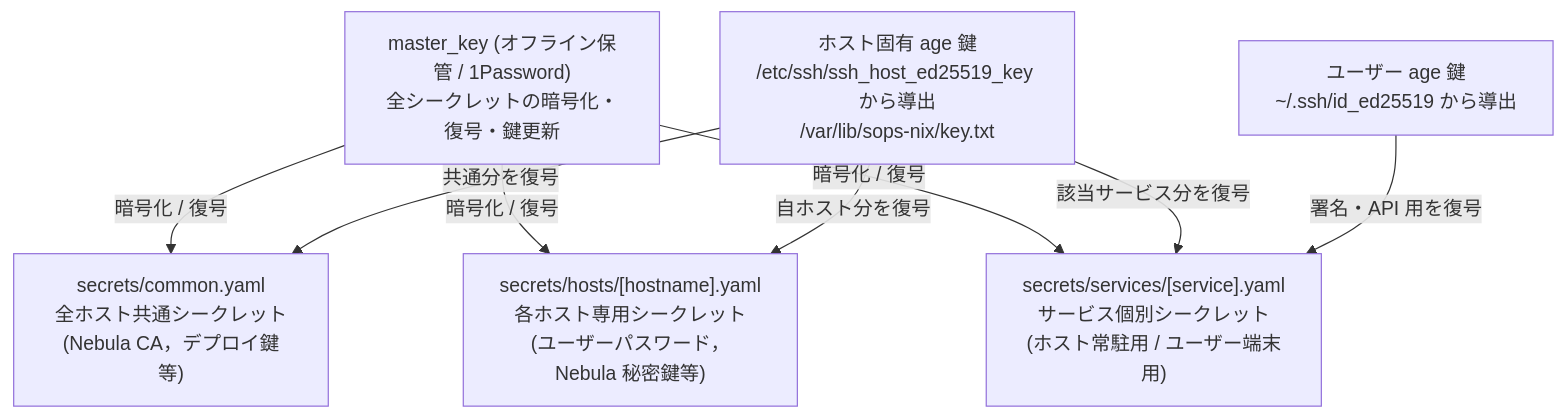
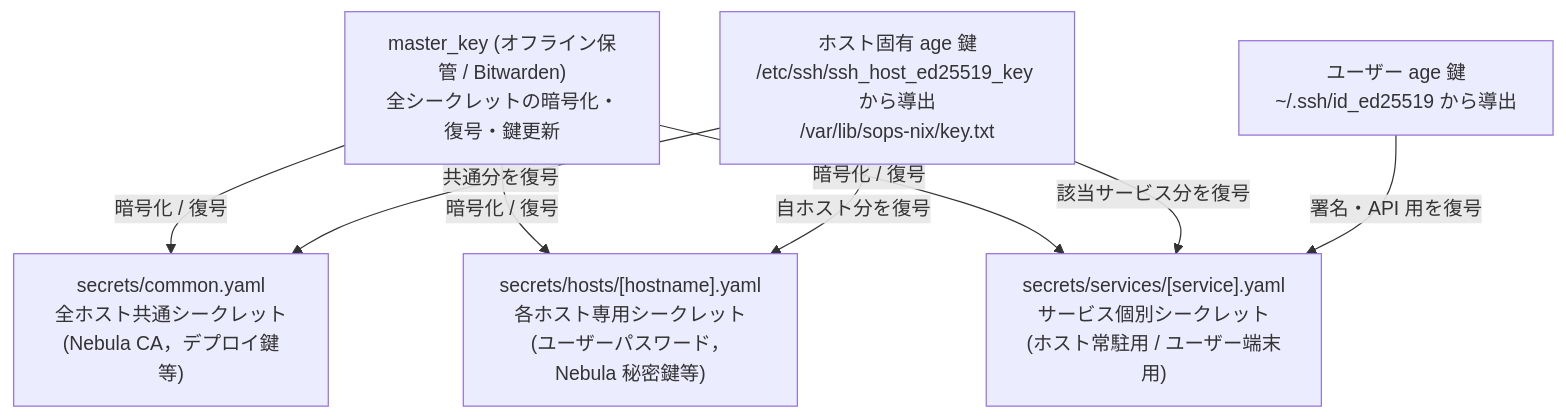
The diagram in docs/operations/secret-management.md (t3u-tsu/nix-config), drawn with Mermaid before and after one commit. The commit also changed other lines of this file and 3 other files, not shown here.

Commit message:
docs: replace hallucinated 1Password references with Bitwarden

````diff
--- a/docs/operations/secret-management.md
+++ b/docs/operations/secret-management.md
@@ -9,19 +9,19 @@
 ```mermaid
 graph TD
-    Master["master_key (オフライン保管 / 1Password)<br>全シークレットの暗号化・復号・鍵更新"]
+    Master["master_key (オフライン保管 / Bitwarden)<br>全シークレットの暗号化・復号・鍵更新"]
     HostKey["ホスト固有 age 鍵<br>/etc/ssh/ssh_host_ed25519_key から導出<br>/var/lib/sops-nix/key.txt"]
     UserKey["ユーザー age 鍵<br>~/.ssh/id_ed25519 から導出"]
 
     CommonSecret["secrets/common.yaml<br>全ホスト共通シークレット<br>(Nebula CA，デプロイ鍵等)"]
     HostSecret["secrets/hosts/[hostname].yaml<br>各ホスト専用シークレット<br>(ユーザーパスワード，Nebula 秘密鍵等)"]
     ServiceSecret["secrets/services/[service].yaml<br>サービス個別シークレット<br>(ホスト常駐用 / ユーザー端末用)"]
 
     Master -->|暗号化 / 復号| CommonSecret
     Master -->|暗号化 / 復号| HostSecret
     Master -->|暗号化 / 復号| ServiceSecret
 
     HostKey -->|共通分を復号| CommonSecret
     HostKey -->|自ホスト分を復号| HostSecret
     HostKey -->|該当サービス分を復号| ServiceSecret
     UserKey -->|署名・API 用を復号| ServiceSecret
 ```
````
